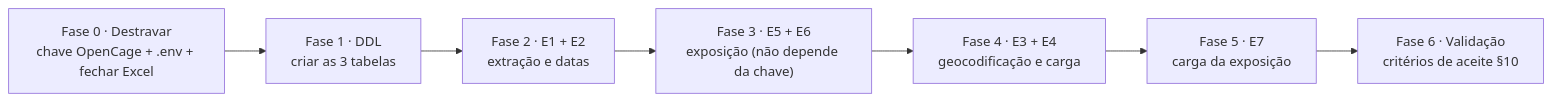
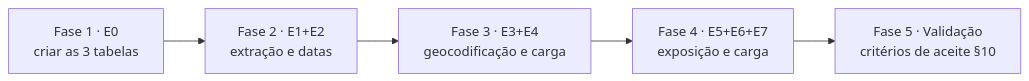
One commit to cbeloni/datasaude-scripts changed the second of 2 diagrams in uruguaiana/PLANEJAMENTO.md. Above: the diagram before and after it, drawn with Mermaid. The commit also changed other lines of this file and 17 other files, not shown here.

````diff
--- a/uruguaiana/PLANEJAMENTO.md
+++ b/uruguaiana/PLANEJAMENTO.md
@@ -622,10 +850,8 @@
 ```mermaid
 flowchart LR
-    F0["Fase 0 · Destravar<br/>chave OpenCage + .env + fechar Excel"] --> F1
-    F1["Fase 1 · DDL<br/>criar as 3 tabelas"] --> F2
-    F2["Fase 2 · E1 + E2<br/>extração e datas"] --> F3
-    F3["Fase 3 · E5 + E6<br/>exposição (não depende da chave)"] --> F4
-    F4["Fase 4 · E3 + E4<br/>geocodificação e carga"] --> F5
-    F5["Fase 5 · E7<br/>carga da exposição"] --> F6
-    F6["Fase 6 · Validação<br/>critérios de aceite §10"]
+    F1["Fase 1 · E0<br/>criar as 3 tabelas"] --> F2
+    F2["Fase 2 · E1+E2<br/>extração e datas"] --> F3
+    F3["Fase 3 · E3+E4<br/>geocodificação e carga"] --> F4
+    F4["Fase 4 · E5+E6+E7<br/>exposição e carga"] --> F5
+    F5["Fase 5 · Validação<br/>critérios de aceite §10"]
 ```
````
